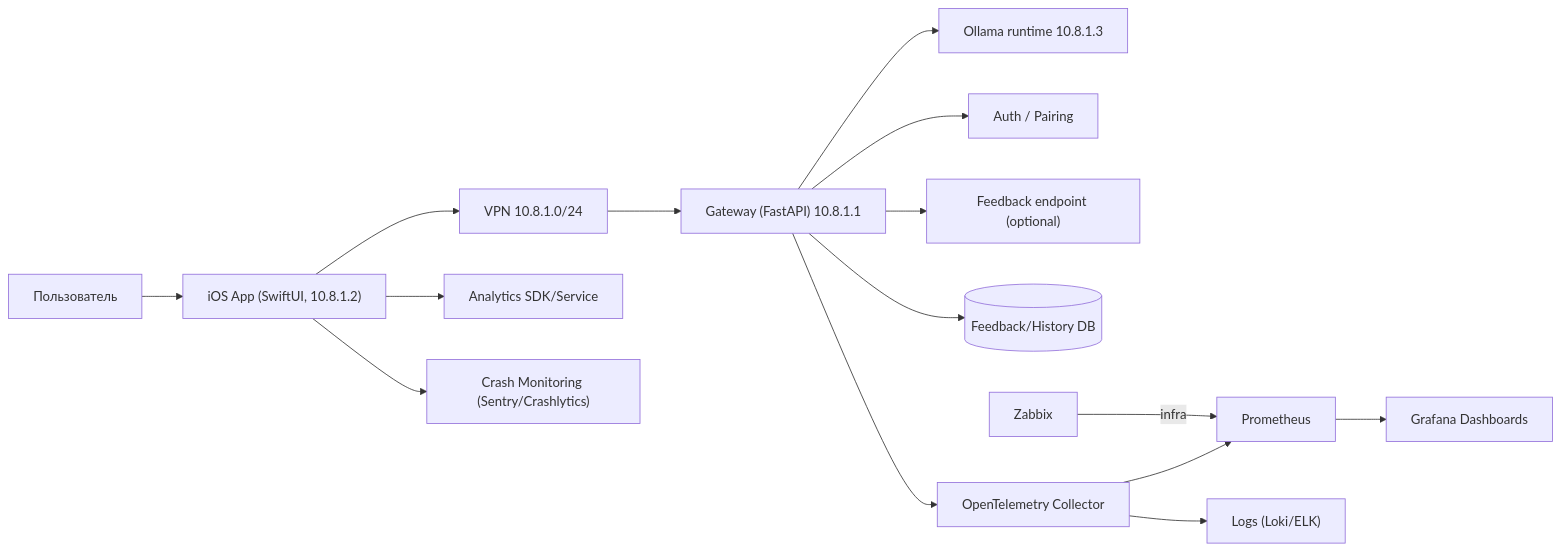
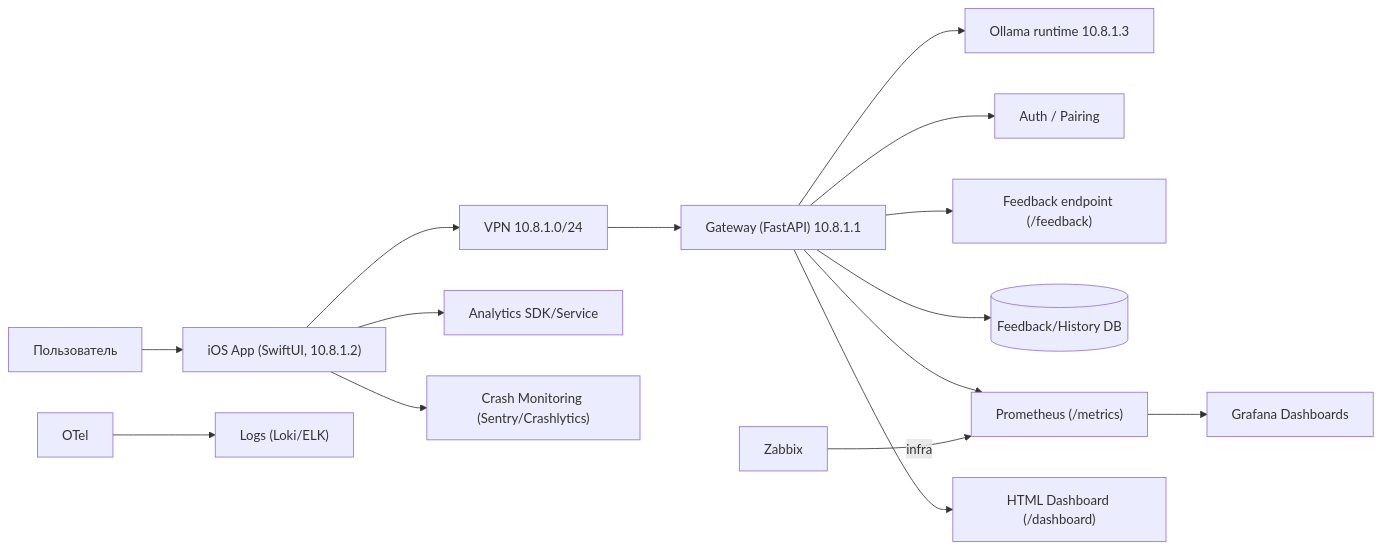
One commit to PavelGem-13g/mobile-application-development changed the first of 4 diagrams in src/docs/architecture.md. Above: the diagram before and after it, drawn with Mermaid. The commit also changed other lines of this file and 7 other files, not shown here.

````diff
--- a/src/docs/architecture.md
+++ b/src/docs/architecture.md
@@ -7,17 +7,17 @@
 ```mermaid
 flowchart LR
   User["Пользователь"] --> iOS["iOS App (SwiftUI, 10.8.1.2)"]
   iOS --> VPN["VPN 10.8.1.0/24"]
   VPN --> GW["Gateway (FastAPI) 10.8.1.1"]
   GW --> Ollama["Ollama runtime 10.8.1.3"]
   GW --> Auth["Auth / Pairing"]
-  GW --> Feedback["Feedback endpoint (optional)"]
+  GW --> Feedback["Feedback endpoint (/feedback)"]
   GW --> DB[("Feedback/History DB")]
   iOS --> Analytics["Analytics SDK/Service"]
   iOS --> Crash["Crash Monitoring (Sentry/Crashlytics)"]
-  GW --> OTel["OpenTelemetry Collector"]
-  OTel --> Prom["Prometheus"]
+  GW --> Prom["Prometheus (/metrics)"]
   Prom --> Grafana["Grafana Dashboards"]
+  GW --> Dash["HTML Dashboard (/dashboard)"]
   OTel --> Logs["Logs (Loki/ELK)"]
   Zabbix["Zabbix"] -- "infra" --> Prom
 ```
````
